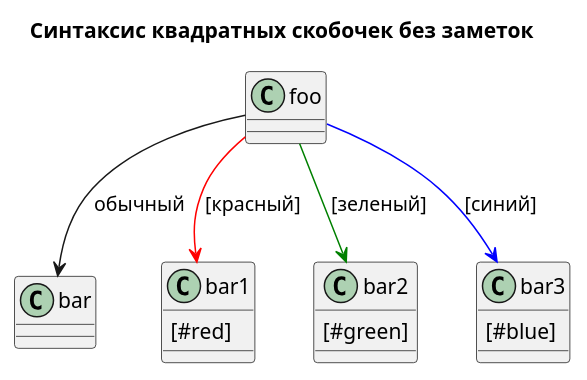
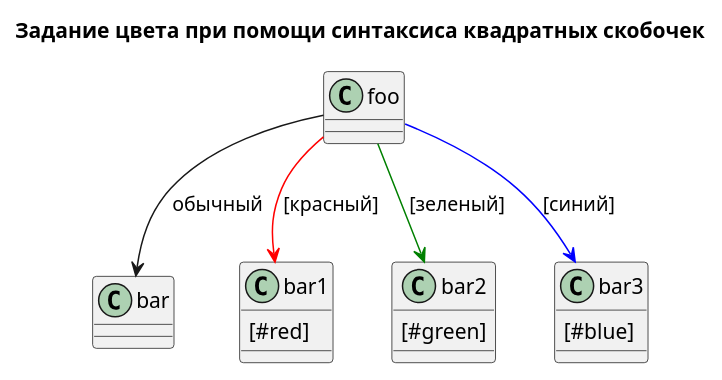
The diagram in class.wsd (mizandarii/uml), drawn with PlantUML before and after one commit.

Commit message:
25 Задание цвета при помощи синтаксиса квадратных скобочек

```diff
--- a/class.wsd
+++ b/class.wsd
@@ -1,14 +1,14 @@
 @startuml  
-title Синтаксис квадратных скобочек без заметок
+title Задание цвета при помощи синтаксиса квадратных скобочек
 class foo
 class bar
 bar1 : [#red]
 bar2 : [#green]
 bar3 : [#blue]
 
 foo --> bar             : обычный
 foo -[#red]-> bar1      : [красный]
 foo -[#green]-> bar2    : [зеленый]
 foo -[#blue]-> bar3    : [синий]
 
 @enduml
```
